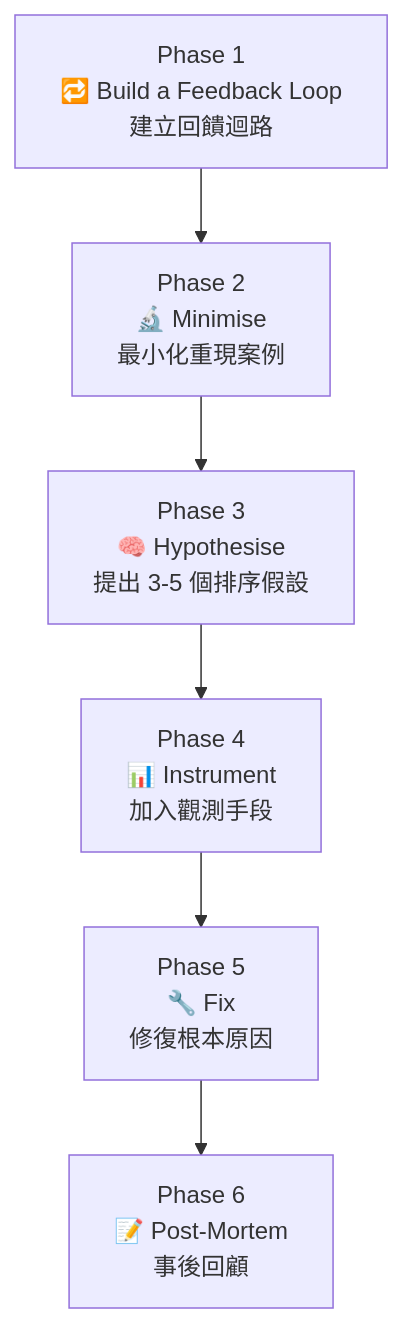
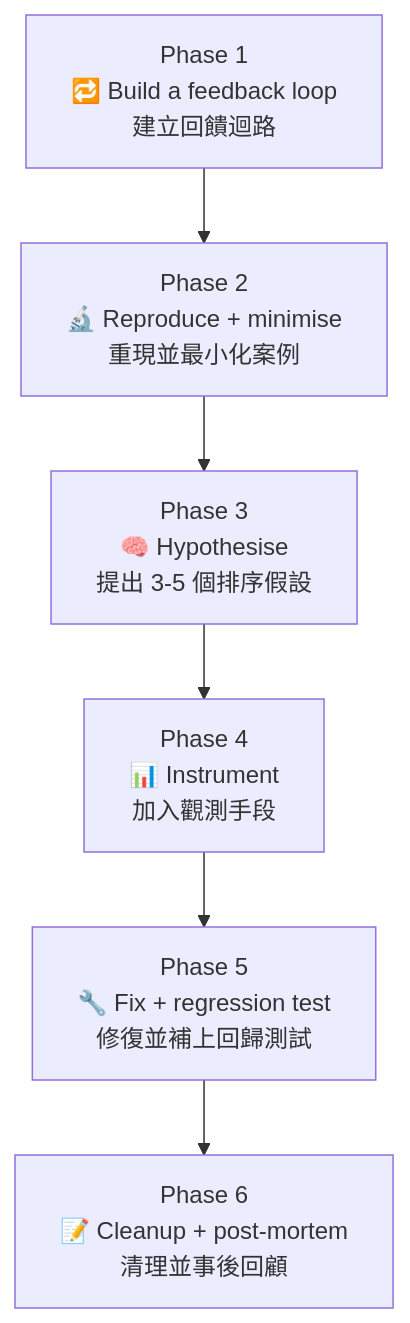
One commit to chihhung/Blog changed the tenth of 15 diagrams in content/posts/教學/AI開發/mattpocock skills 教學手冊.md. Above: the diagram before and after it, drawn with Mermaid. The commit also changed other lines of this file and 3 other files, not shown here.

````diff
--- a/content/posts/教學/AI開發/mattpocock skills 教學手冊.md
+++ b/content/posts/教學/AI開發/mattpocock skills 教學手冊.md
@@ -1653,8 +1750,8 @@
 ```mermaid
 flowchart TD
-    A["Phase 1<br/>🔁 Build a Feedback Loop<br/>建立回饋迴路"] --> B["Phase 2<br/>🔬 Minimise<br/>最小化重現案例"]
+    A["Phase 1<br/>🔁 Build a feedback loop<br/>建立回饋迴路"] --> B["Phase 2<br/>🔬 Reproduce + minimise<br/>重現並最小化案例"]
     B --> C["Phase 3<br/>🧠 Hypothesise<br/>提出 3-5 個排序假設"]
     C --> D["Phase 4<br/>📊 Instrument<br/>加入觀測手段"]
-    D --> E["Phase 5<br/>🔧 Fix<br/>修復根本原因"]
-    E --> F["Phase 6<br/>📝 Post-Mortem<br/>事後回顧"]
+    D --> E["Phase 5<br/>🔧 Fix + regression test<br/>修復並補上回歸測試"]
+    E --> F["Phase 6<br/>📝 Cleanup + post-mortem<br/>清理並事後回顧"]
 ```
````
